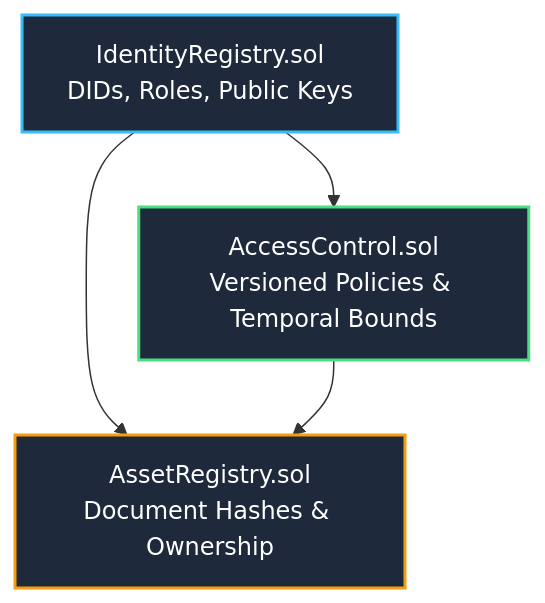
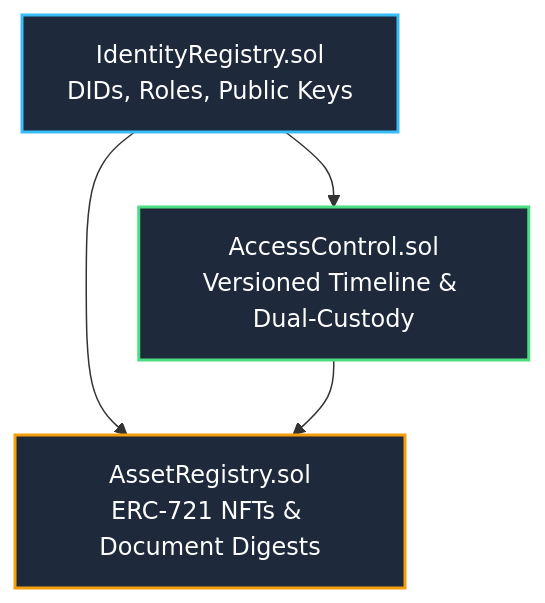
One commit to RajveerSinghBisht/TrustLedger changed the diagram in trustledger/contracts/README.md. Above: the diagram before and after it, drawn with Mermaid. The commit also changed other lines of this file and 51 other files, not shown here.

````diff
--- a/trustledger/contracts/README.md
+++ b/trustledger/contracts/README.md
@@ -17,10 +17,10 @@
 ```mermaid
 graph TD
-    A[IdentityRegistry.sol<br/>DIDs, Roles, Public Keys] --> B[AccessControl.sol<br/>Versioned Policies & Temporal Bounds]
-    A --> C[AssetRegistry.sol<br/>Document Hashes & Ownership]
+    A[IdentityRegistry.sol<br/>DIDs, Roles, Public Keys] --> B[AccessControl.sol<br/>Versioned Timeline & Dual-Custody]
+    A --> C[AssetRegistry.sol<br/>ERC-721 NFTs & Document Digests]
     B --> C
     
     style A fill:#1e293b,stroke:#38bdf8,stroke-width:2px,color:#fff
     style B fill:#1e293b,stroke:#4ade80,stroke-width:2px,color:#fff
     style C fill:#1e293b,stroke:#f59e0b,stroke-width:2px,color:#fff
 ```
````
